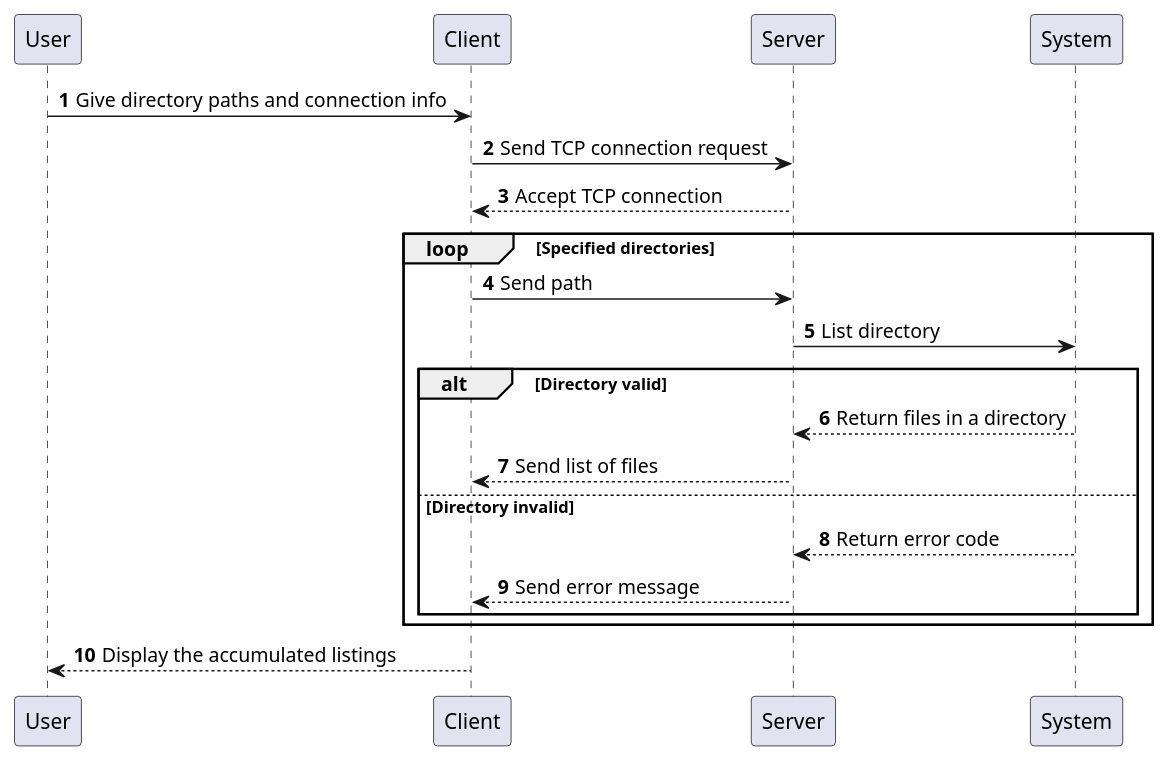
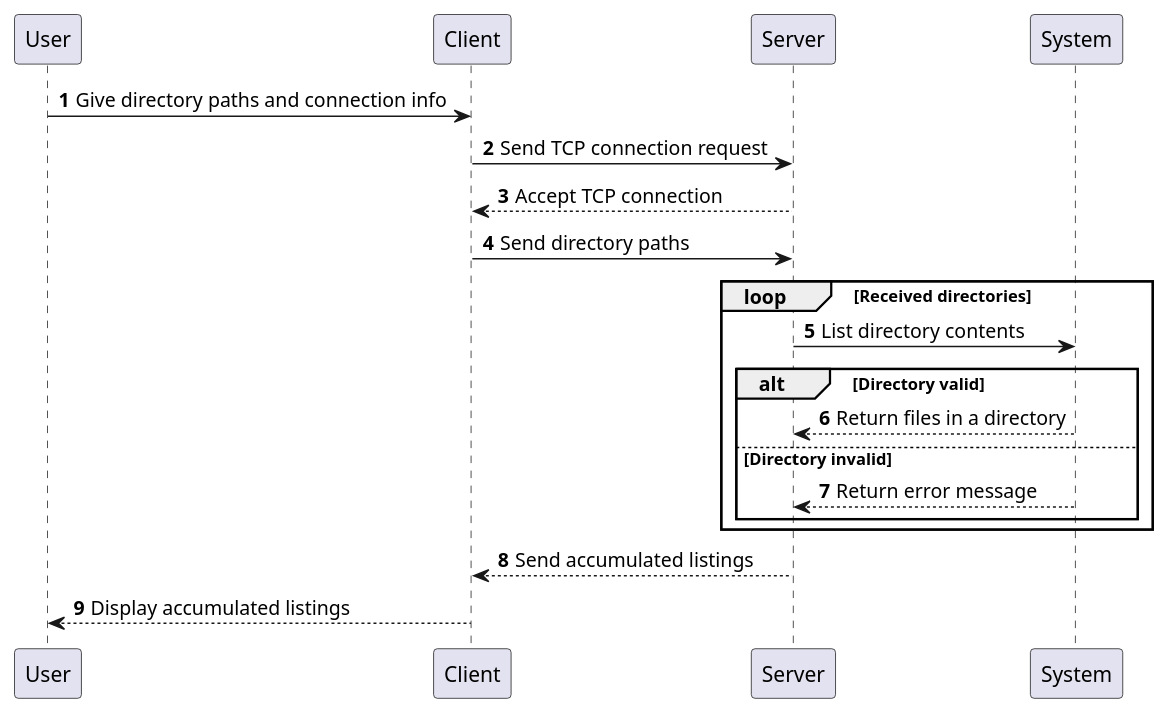
The diagram in System-Programming-Fundamentals-5th-Term/Lab6-TCP/diagrams/sequence.plantuml (timlathy/itmo-third-year), drawn with PlantUML before and after one commit. The commit also changed 1 other file, not shown here.

Commit message:
[spf lab6] uml activity diagram

```diff
--- a/System-Programming-Fundamentals-5th-Term/Lab6-TCP/diagrams/sequence.plantuml
+++ b/System-Programming-Fundamentals-5th-Term/Lab6-TCP/diagrams/sequence.plantuml
@@ -1,26 +1,23 @@
 @startuml
 
 autonumber
 
 User -> Client: Give directory paths and connection info
 Client -> Server: Send TCP connection request
 Client <-- Server: Accept TCP connection
 
-loop Specified directories
+Client -> Server: Send directory paths
 
-Client -> Server: Send path
-Server -> System: List directory
-
+loop Received directories
+  Server -> System: List directory contents
   alt Directory valid
     Server <-- System: Return files in a directory
-    Client <-- Server: Send list of files
   else Directory invalid
-    Server <-- System: Return error code
-    Client <-- Server: Send error message
+    Server <-- System: Return error message
   end
-
 end
 
-User <-- Client: Display the accumulated listings
+Client <-- Server: Send accumulated listings
+User <-- Client: Display accumulated listings
 
 @enduml
```
